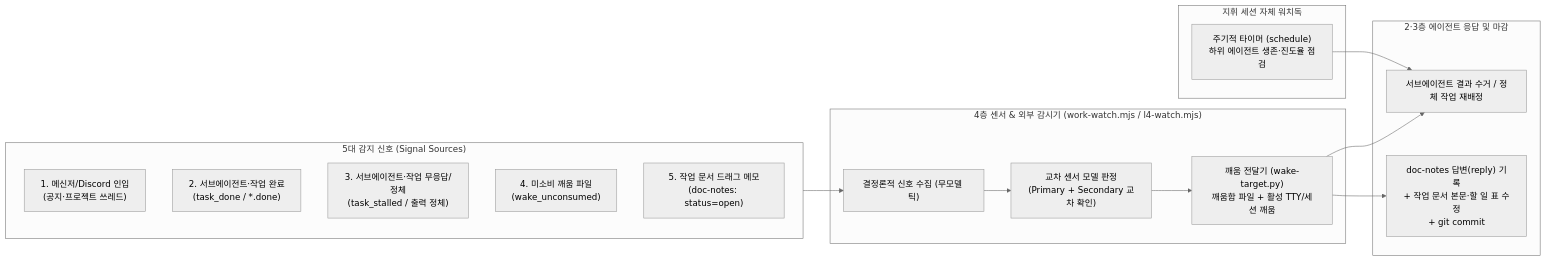
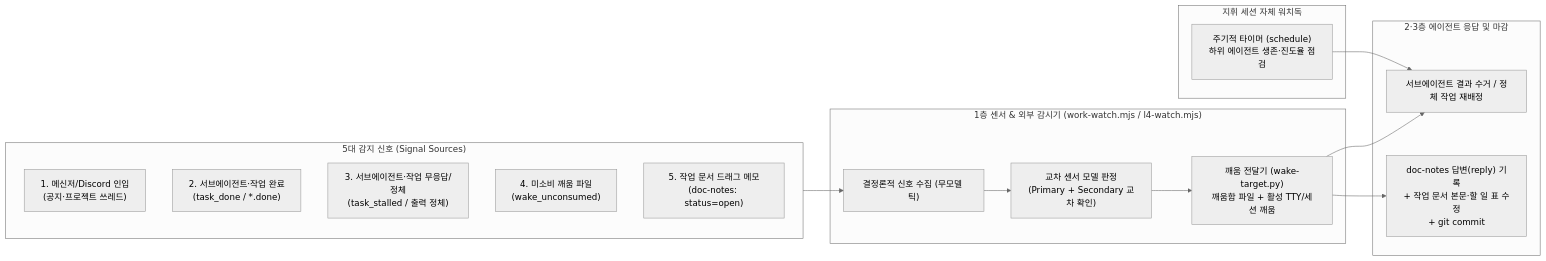
One commit to nextain/naia-adk changed the diagram in rules/layer4-sensor-and-memo-loop.md. Above: the diagram before and after it, drawn with Mermaid (neutral theme). The commit also changed other lines of this file and 28 other files, not shown here.

````diff
--- a/rules/layer4-sensor-and-memo-loop.md
+++ b/rules/layer4-sensor-and-memo-loop.md
@@ -21,32 +23,32 @@
 ```mermaid
 flowchart LR
     subgraph Sources["5대 감지 신호 (Signal Sources)"]
         S1["1. 메신저/Discord 인입<br/>(공지·프로젝트 쓰레드)"]
         S2["2. 서브에이전트·작업 완료<br/>(task_done / *.done)"]
         S3["3. 서브에이전트·작업 무응답/정체<br/>(task_stalled / 출력 정체)"]
         S4["4. 미소비 깨움 파일<br/>(wake_unconsumed)"]
         S5["5. 작업 문서 드래그 메모<br/>(doc-notes: status=open)"]
     end
 
     subgraph Watchdog["지휘 세션 자체 워치독"]
         WT["주기적 타이머 (schedule)<br/>하위 에이전트 생존·진도율 점검"]
     end
 
-    subgraph Sensor["4층 센서 & 외부 감시기 (work-watch.mjs / l4-watch.mjs)"]
+    subgraph Sensor["1층 센서 & 외부 감시기 (work-watch.mjs / l4-watch.mjs)"]
         DET["결정론적 신호 수집 (무모델 틱)"]
         CROSS["교차 센서 모델 판정<br/>(Primary + Secondary 교차 확인)"]
         WAKE["깨움 전달기 (wake-target.py)<br/>깨움함 파일 + 활성 TTY/세션 깨움"]
     end
 
     subgraph Action["2·3층 에이전트 응답 및 마감"]
         ACT1["서브에이전트 결과 수거 / 정체 작업 재배정"]
         ACT2["doc-notes 답변(reply) 기록<br/>+ 작업 문서 본문·할 일 표 수정<br/>+ git commit"]
     end
 
     Sources --> DET
     DET --> CROSS
     CROSS --> WAKE
     WT --> ACT1
     WAKE --> ACT1
     WAKE --> ACT2
 ```
````
